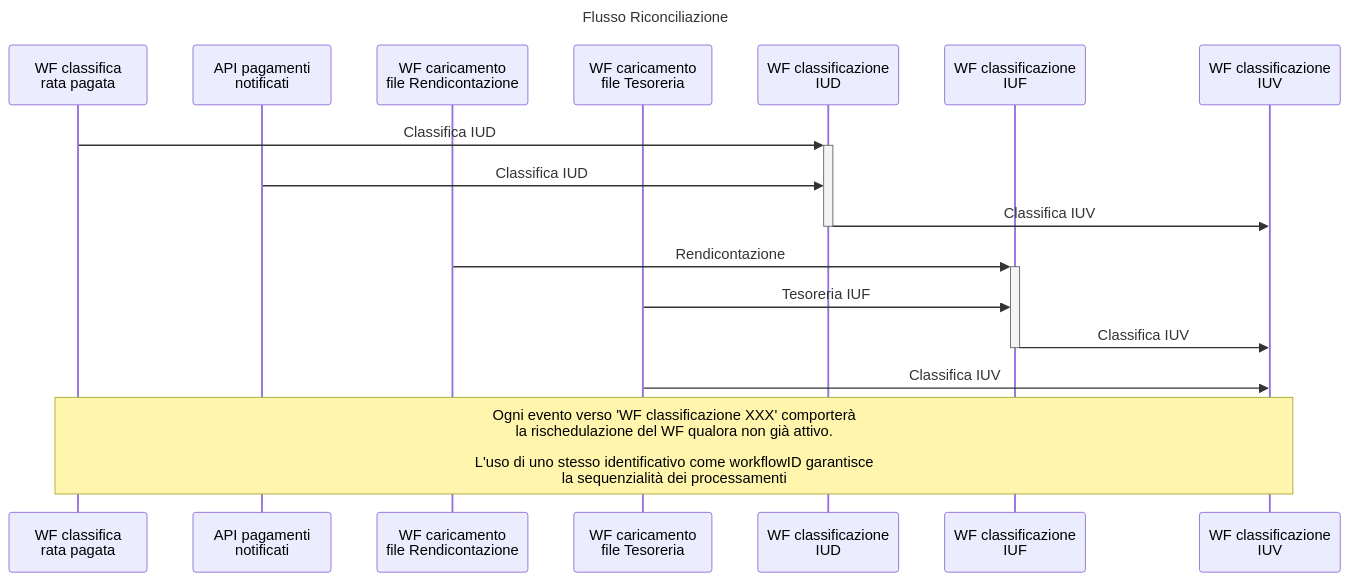
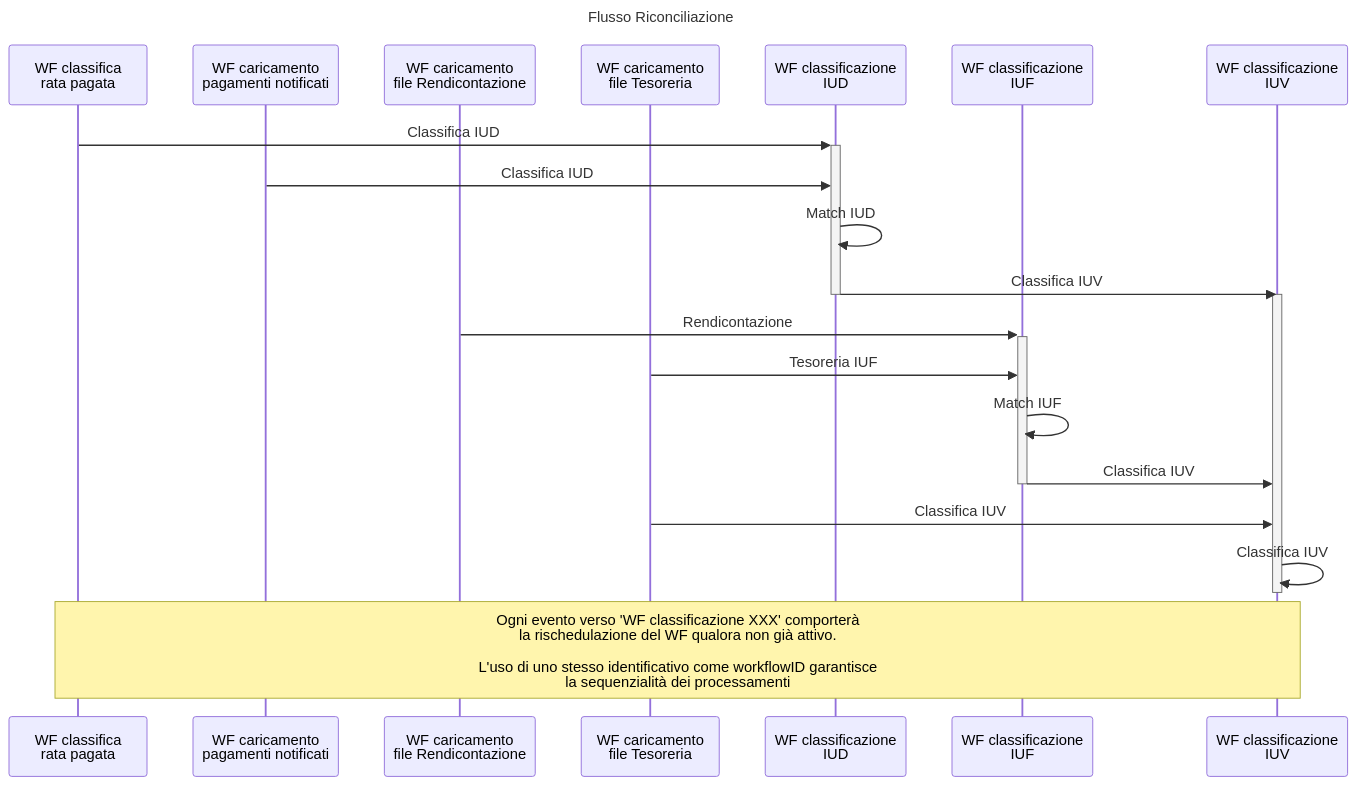
One commit to pagopa/p4pa-doc changed the diagram in design/workflow/classificazioneIncassi/05.seq_classificazione.mmd. Above: the diagram before and after it, drawn with Mermaid. The commit also changed 15 other files, not shown here.

```diff
--- a/design/workflow/classificazioneIncassi/05.seq_classificazione.mmd
+++ b/design/workflow/classificazioneIncassi/05.seq_classificazione.mmd
@@ -1,21 +1,27 @@
 ---
 title: Flusso Riconciliazione
 ---
 sequenceDiagram
     participant WF_RT as WF classifica<BR />rata pagata
-    participant API_RT_N as API pagamenti<BR />notificati
+    participant WF_RN as WF caricamento<BR />pagamenti notificati
     participant WF_R as WF caricamento<BR />file Rendicontazione
     participant WF_T as WF caricamento<BR />file Tesoreria
     participant WF_CLS_IUD as WF classificazione<BR />IUD
     participant WF_CLS_IUF as WF classificazione<BR />IUF
     participant WF_CLS_IUV as WF classificazione<BR />IUV
 
     WF_RT ->>+ WF_CLS_IUD: Classifica IUD
-    API_RT_N ->> WF_CLS_IUD: Classifica IUD
+    WF_RN ->> WF_CLS_IUD: Classifica IUD
+    WF_CLS_IUD ->> WF_CLS_IUD: Match IUD
     WF_CLS_IUD ->>- WF_CLS_IUV: Classifica IUV
+    activate WF_CLS_IUV
+
     WF_R ->>+ WF_CLS_IUF: Rendicontazione
     WF_T ->> WF_CLS_IUF: Tesoreria IUF
+    WF_CLS_IUF ->> WF_CLS_IUF: Match IUF
     WF_CLS_IUF ->>- WF_CLS_IUV: Classifica IUV
+
     WF_T ->> WF_CLS_IUV: Classifica IUV
+    WF_CLS_IUV ->>- WF_CLS_IUV: Classifica IUV
 
     note over WF_RT,WF_CLS_IUV: Ogni evento verso 'WF classificazione XXX' comporterà<BR />la rischedulazione del WF qualora non già attivo.<BR/><BR/>L'uso di uno stesso identificativo come workflowID garantisce<BR />la sequenzialità dei processamenti
```
